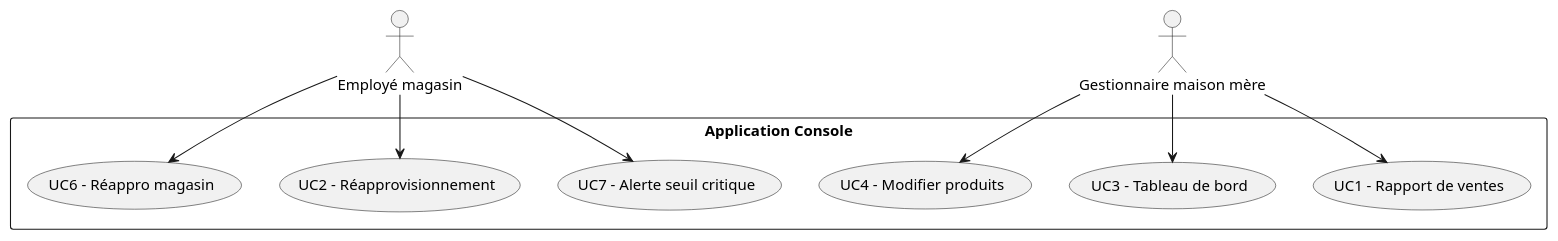
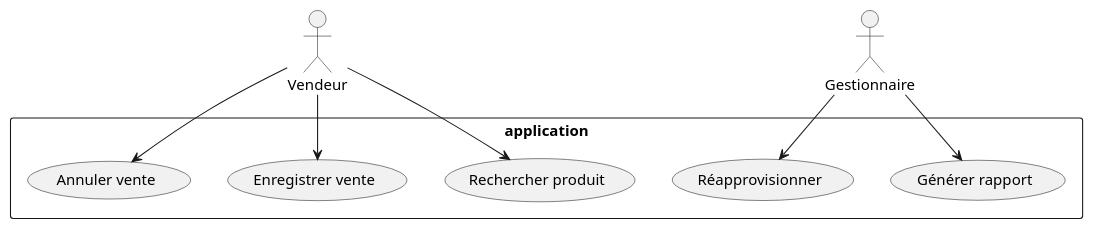
The diagram in docs/UML/use_cases.puml (Ludo67/LOG430-Lab0), drawn with PlantUML before and after one commit. The commit also changed 38 other files, not shown here.

```diff
--- a/docs/UML/use_cases.puml
+++ b/docs/UML/use_cases.puml
@@ -1,18 +1,17 @@
-@startuml use_cases
-actor "Employé magasin" as Em
-actor "Gestionnaire maison mère" as Admin
-rectangle "Application Console" {
-  usecase "UC1 - Rapport de ventes" as UC1
-  usecase "UC2 - Réapprovisionnement" as UC2
-  usecase "UC3 - Tableau de bord" as UC3
-  usecase "UC4 - Modifier produits" as UC4
-  usecase "UC6 - Réappro magasin" as UC6
-  usecase "UC7 - Alerte seuil critique" as UC7
+@startuml VueCasUtilisation
+actor Vendeur
+actor Gestionnaire
+
+rectangle "application"{
+  usecase "Rechercher produit" as UC1
+  usecase "Enregistrer vente" as UC2
+  usecase "Annuler vente" as UC3
+  usecase "Réapprovisionner" as UC4
+  usecase "Générer rapport" as UC5
 }
-Em --> UC2
-Em --> UC6
-Em --> UC7
-Admin --> UC1
-Admin --> UC3
-Admin --> UC4
+Vendeur --> UC1
+Vendeur --> UC2
+Vendeur --> UC3
+Gestionnaire --> UC4
+Gestionnaire --> UC5
 @enduml
```
